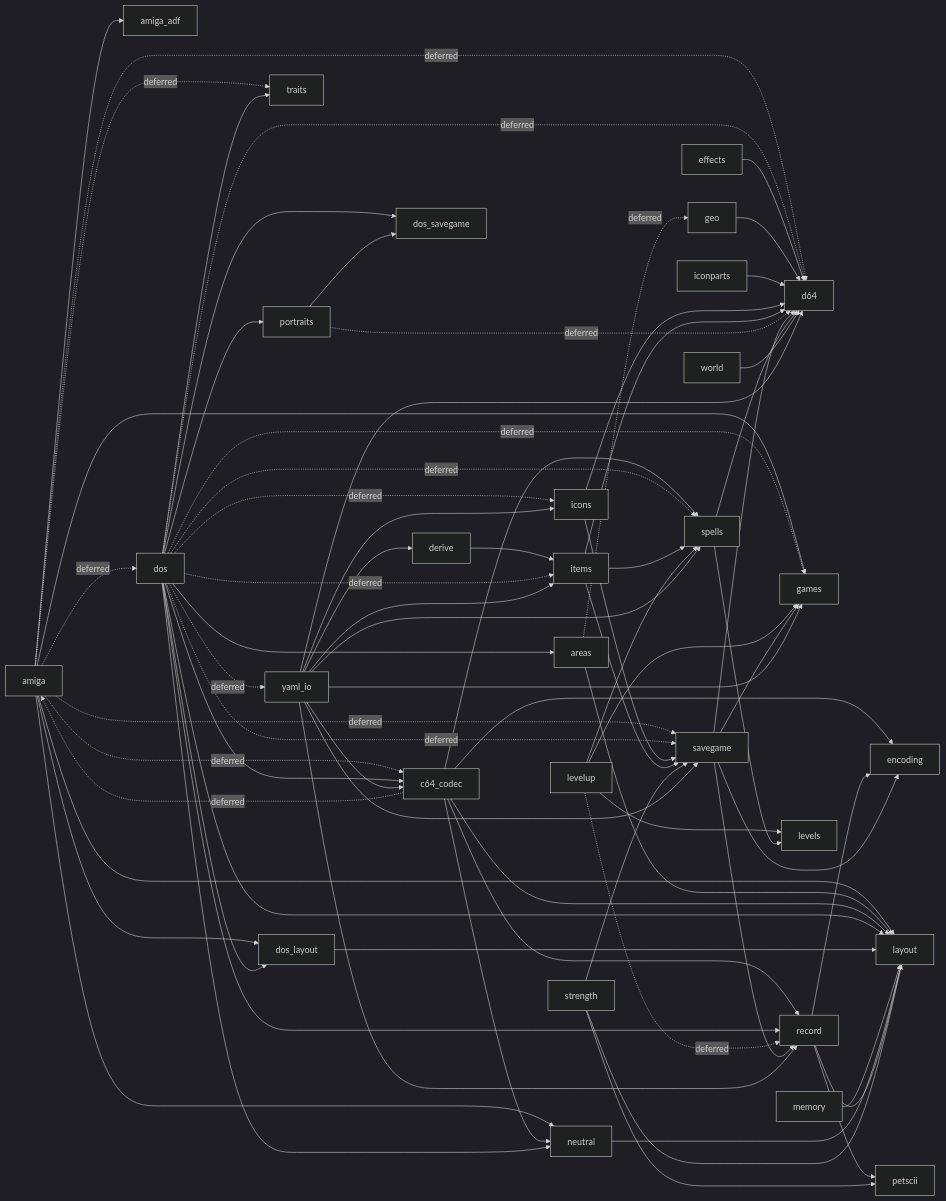
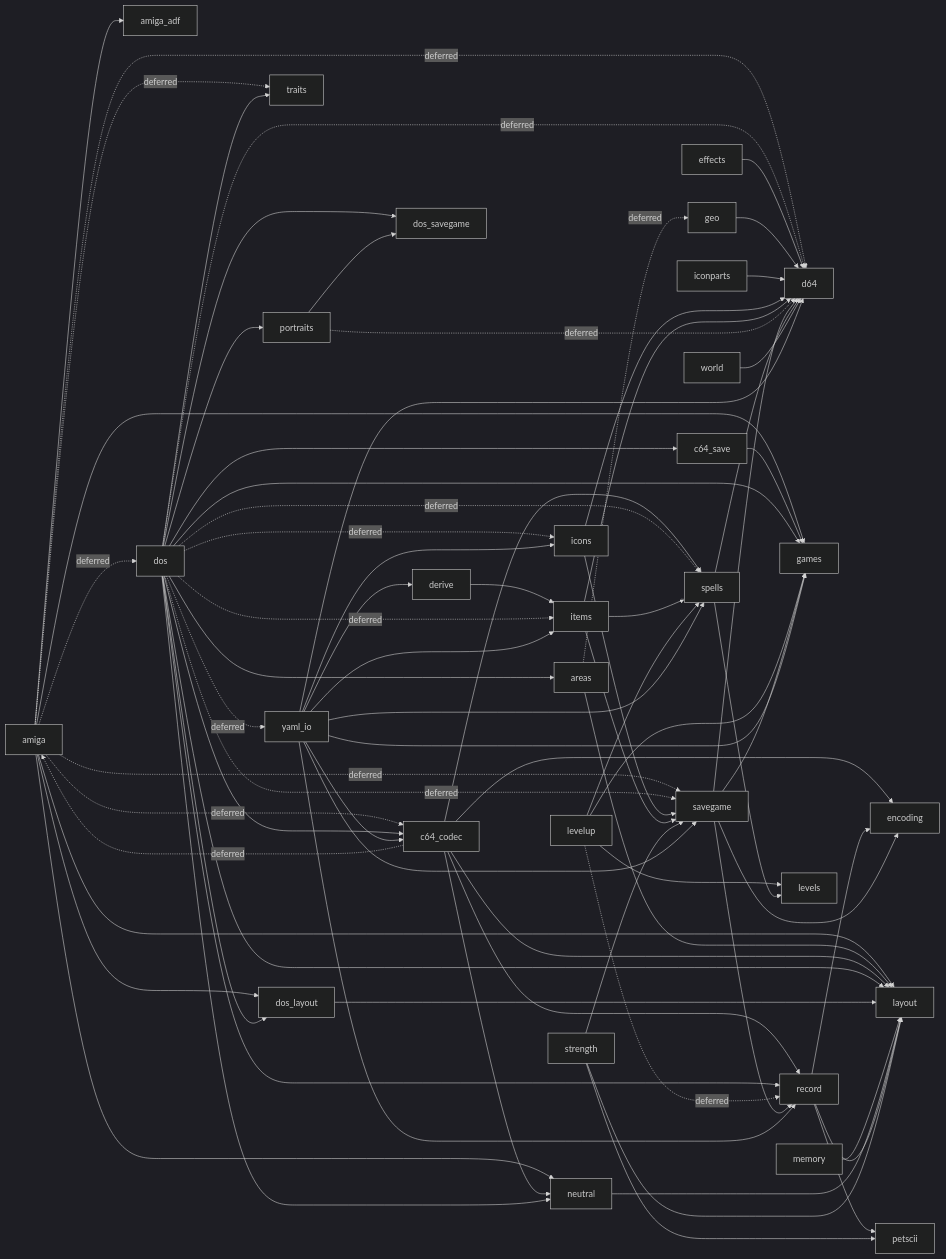
Before and after one commit to malcyon/wish: the fourth of 4 diagrams in docs/117-save-conversion.md, drawn with Mermaid (dark theme). The commit also changed 1 other file, not shown here.

Commit message:
Read a save's area from the script word indoors as well as out, and regenerate the import graph (#192, #257)
Claude-Session: https://claude.ai/code/session_01Vw1DRxeMaL2SzcdMpuhxUK

````diff
--- a/docs/117-save-conversion.md
+++ b/docs/117-save-conversion.md
@@ -1813,77 +1813,79 @@
 ```mermaid
 graph LR
   amiga --> amiga_adf
   amiga -.->|deferred| c64_codec
   amiga -.->|deferred| d64
   amiga -.->|deferred| dos
   amiga --> dos_layout
   amiga --> games
   amiga --> layout
   amiga --> neutral
   amiga -.->|deferred| savegame
   amiga -.->|deferred| traits
   areas -.->|deferred| geo
   areas --> layout
   c64_codec -.->|deferred| amiga
   c64_codec --> encoding
   c64_codec --> layout
   c64_codec --> neutral
   c64_codec --> record
   c64_codec --> spells
+  c64_save --> games
   derive --> items
   dos --> areas
   dos --> c64_codec
+  dos --> c64_save
   dos -.->|deferred| d64
   dos --> dos_layout
   dos --> dos_savegame
-  dos -.->|deferred| games
+  dos --> games
   dos -.->|deferred| icons
   dos -.->|deferred| items
   dos --> layout
   dos --> neutral
   dos --> portraits
   dos --> record
   dos -.->|deferred| savegame
   dos -.->|deferred| spells
   dos --> traits
   dos -.->|deferred| yaml_io
   dos_layout --> layout
   effects --> d64
   geo --> d64
   iconparts --> d64
   icons --> d64
   icons --> savegame
   items --> d64
   items --> savegame
   items --> spells
   levelup --> games
   levelup --> levels
   levelup -.->|deferred| record
   levelup --> spells
   memory --> layout
   neutral --> layout
   portraits -.->|deferred| d64
   portraits --> dos_savegame
   record --> encoding
   record --> layout
   record --> petscii
   savegame --> d64
   savegame --> encoding
   savegame --> games
   savegame --> record
   spells --> d64
   spells --> levels
   strength --> layout
   strength --> petscii
   strength --> savegame
   world --> d64
   yaml_io --> c64_codec
   yaml_io --> d64
   yaml_io --> derive
   yaml_io --> games
   yaml_io --> icons
   yaml_io --> items
   yaml_io --> record
   yaml_io --> savegame
   yaml_io --> spells
 ```
````
